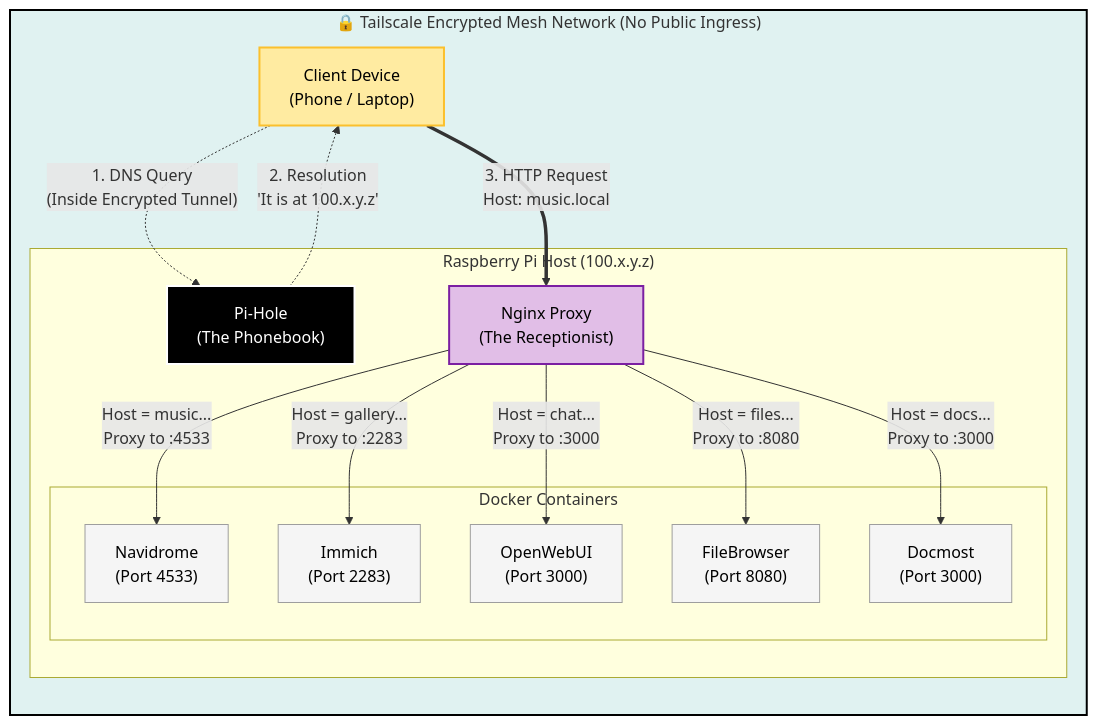
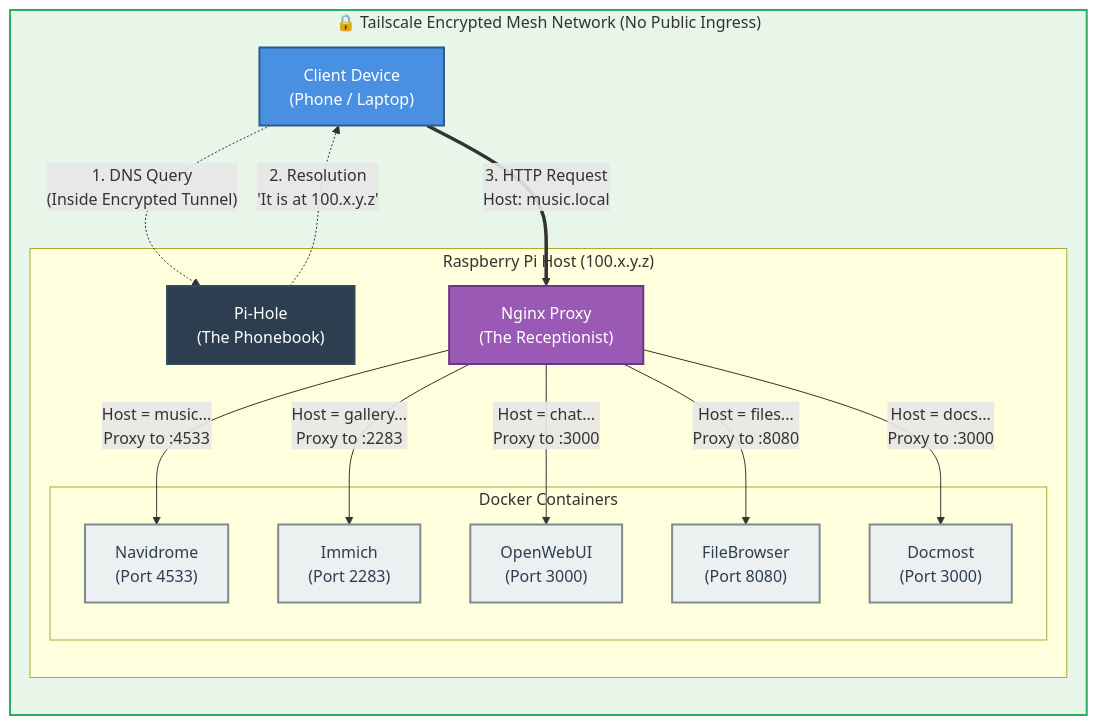
One commit to spaceadler/homelab changed the diagram in README.md. Above: the diagram before and after it, drawn with Mermaid.

````diff
--- a/README.md
+++ b/README.md
@@ -55,50 +55,50 @@
 ```mermaid
 graph TD
-    %% STYLING
-    classDef client fill:#ffeba1,stroke:#fbc02d,stroke-width:2px,color:#000;
-    classDef dns fill:#000000,stroke:#ffffff,stroke-width:2px,color:#ffffff;
-    classDef proxy fill:#e1bee7,stroke:#7b1fa2,stroke-width:2px,color:#000;
-    classDef service fill:#f5f5f5,stroke:#9e9e9e,stroke-width:1px,color:#000;
-    classDef mesh fill:#e0f2f1,stroke:#000,stroke-width:2px,stroke-dasharray:
+     %% STYLING
+    classDef client fill:#4A90E2,stroke:#2E5C8A,stroke-width:2px,color:#fff;
+    classDef dns fill:#2C3E50,stroke:#34495E,stroke-width:2px,color:#fff;
+    classDef proxy fill:#9B59B6,stroke:#6C3483,stroke-width:2px,color:#fff;
+    classDef service fill:#ECF0F1,stroke:#7F8C8D,stroke-width:2px,color:#2C3E50;
+    classDef mesh fill:#E8F5E9,stroke:#27AE60,stroke-width:2px,stroke-dasharray:
 
     %% --- THE SECURE BOX ---
     subgraph Mesh ["🔒 Tailscale Encrypted Mesh Network (No Public Ingress)"]
         direction TB
         
         %% NODES
         User["Client Device<br/>(Phone / Laptop)"]:::client
         
         subgraph Host [" Raspberry Pi Host (100.x.y.z) "]
             
             PiHole["Pi-Hole<br/>(The Phonebook)"]:::dns
             Nginx["Nginx Proxy<br/>(The Receptionist)"]:::proxy
             
             subgraph Containers [" Docker Containers "]
                 Music["Navidrome<br/>(Port 4533)"]:::service
                 Immich["Immich<br/>(Port 2283)"]:::service
                 AI["OpenWebUI<br/>(Port 3000)"]:::service
                 Files["FileBrowser<br/>(Port 8080)"]:::service
                 Docs["Docmost<br/>(Port 3000)"]:::service
             end
         end
     end
 
     %% LOGIC FLOW
     
     %% Step 1: DNS
     User -.->|"1. DNS Query<br/>(Inside Encrypted Tunnel)"| PiHole
     PiHole -.->|"2. Resolution<br/>'It is at 100.x.y.z'"| User
 
     %% Step 2: Traffic
     User ==>|"3. HTTP Request<br/>Host: music.local"| Nginx
 
     %% Step 3: Routing
     Nginx -->|"Host = music...<br/>Proxy to :4533"| Music
     Nginx -->|"Host = gallery...<br/>Proxy to :2283"| Immich
     Nginx -->|"Host = chat...<br/>Proxy to :3000"| AI
     Nginx -->|"Host = files...<br/>Proxy to :8080"| Files
     Nginx -->|"Host = docs...<br/>Proxy to :3000"| Docs
 
     %% Apply Mesh Style
     class Mesh mesh;
 ```
````
